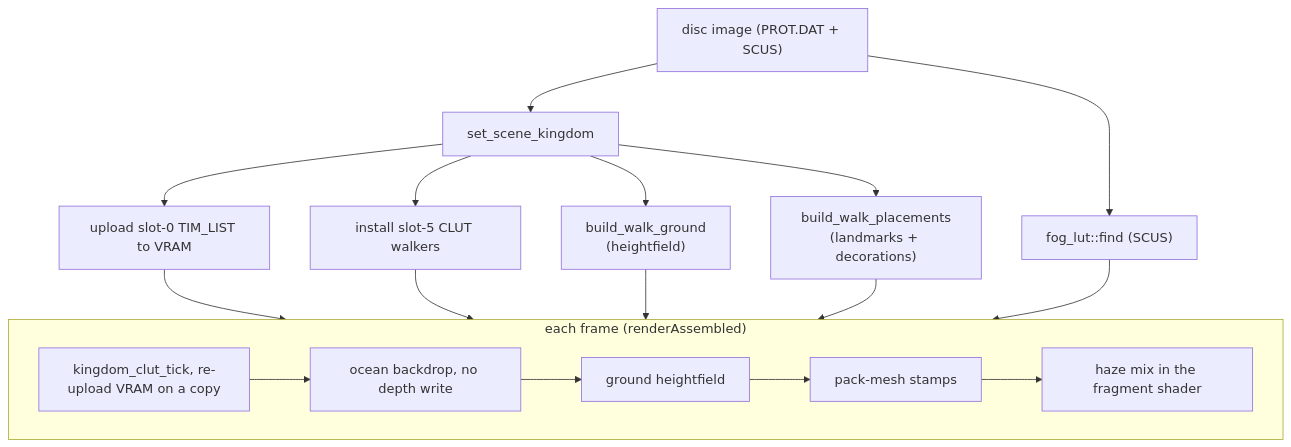
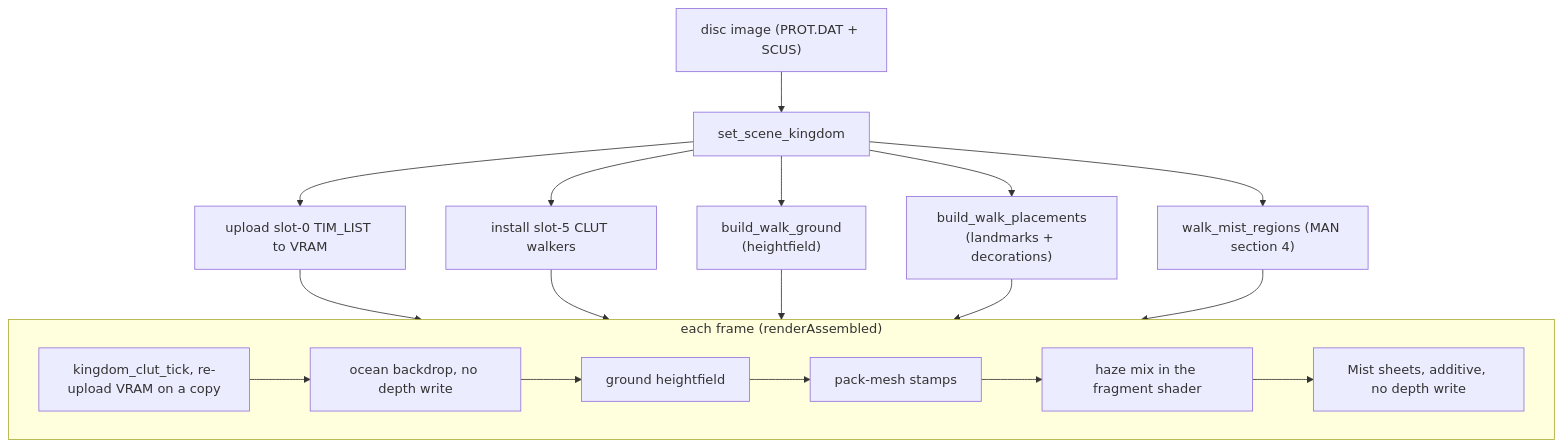
The diagram in docs/subsystems/world-overview-viewer.md (AndrewAltimit/legend-of-legaia-re), drawn with Mermaid before and after one commit. The commit also changed other lines of this file and 938 other files, not shown here.

````diff
--- a/docs/subsystems/world-overview-viewer.md
+++ b/docs/subsystems/world-overview-viewer.md
@@ -27,20 +29,21 @@
 ```mermaid
 flowchart TD
     D["disc image (PROT.DAT + SCUS)"] --> K["set_scene_kingdom"]
     K --> V["upload slot-0 TIM_LIST to VRAM"]
     K --> W["install slot-5 CLUT walkers"]
     K --> G["build_walk_ground<br/>(heightfield)"]
     K --> P["build_walk_placements<br/>(landmarks + decorations)"]
-    D --> L["fog_lut::find (SCUS)"]
+    K --> M["walk_mist_regions (MAN section 4)"]
     subgraph frame ["each frame (renderAssembled)"]
         T["kingdom_clut_tick, re-upload VRAM on a copy"] --> O["ocean backdrop, no depth write"]
         O --> GR["ground heightfield"]
         GR --> ST["pack-mesh stamps"]
         ST --> F["haze mix in the fragment shader"]
+        F --> MI["Mist sheets, additive, no depth write"]
     end
     V --> frame
     W --> frame
     G --> frame
     P --> frame
-    L --> frame
+    M --> frame
 ```
````
